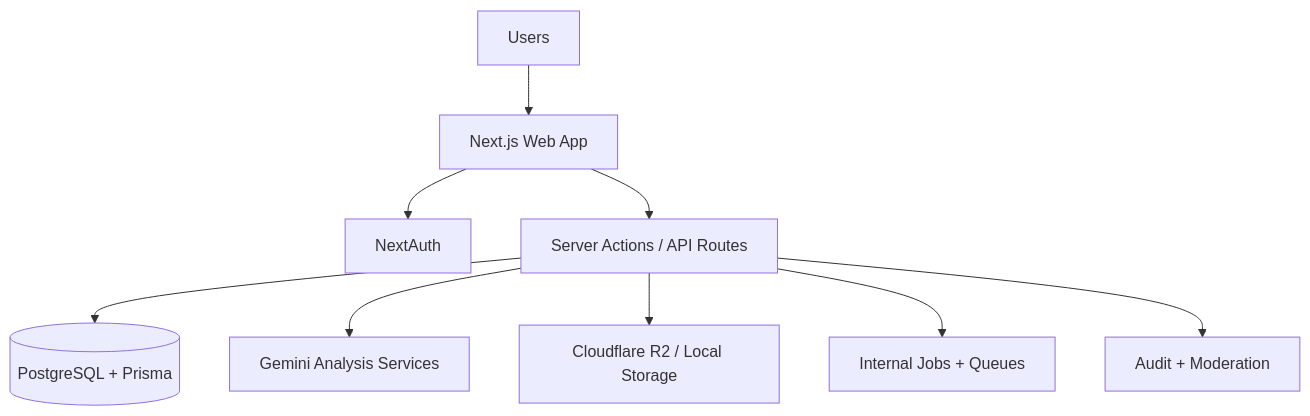
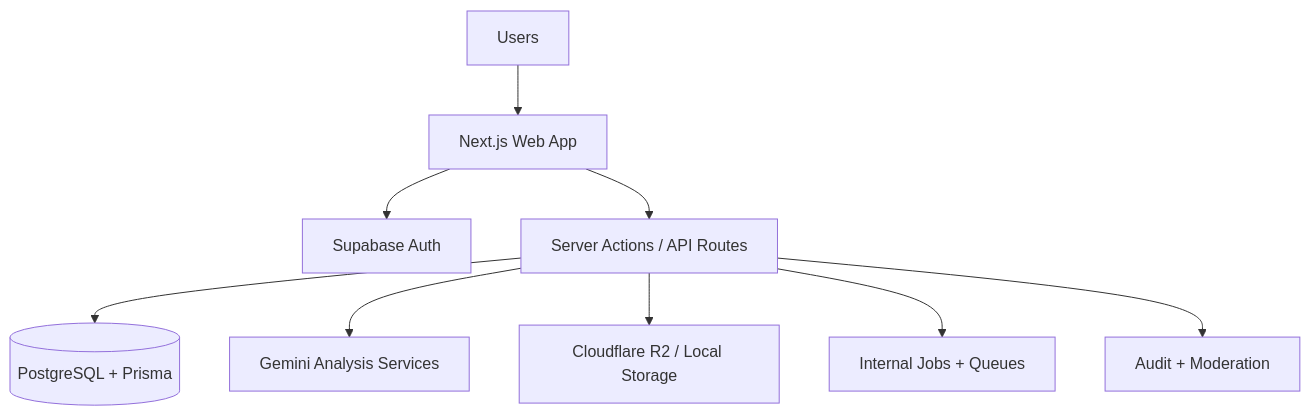
Before and after one commit to Webcoin-Labs/Webpage: the second of 2 diagrams in readme.md, drawn with Mermaid. The commit also changed other lines of this file and 168 other files, not shown here.

Commit message:
feat: finalize ecosystem hub refactor, integrations, and architecture docs

````diff
--- a/readme.md
+++ b/readme.md
@@ -42,11 +42,11 @@
 ```mermaid
 flowchart TB
     U[Users] --> FE[Next.js Web App]
-    FE --> AUTH[NextAuth]
+    FE --> AUTH[Supabase Auth]
     FE --> API[Server Actions / API Routes]
     API --> DB[(PostgreSQL + Prisma)]
     API --> AI[Gemini Analysis Services]
     API --> STORAGE[Cloudflare R2 / Local Storage]
     API --> JOBS[Internal Jobs + Queues]
     API --> AUDIT[Audit + Moderation]
 ```
````
